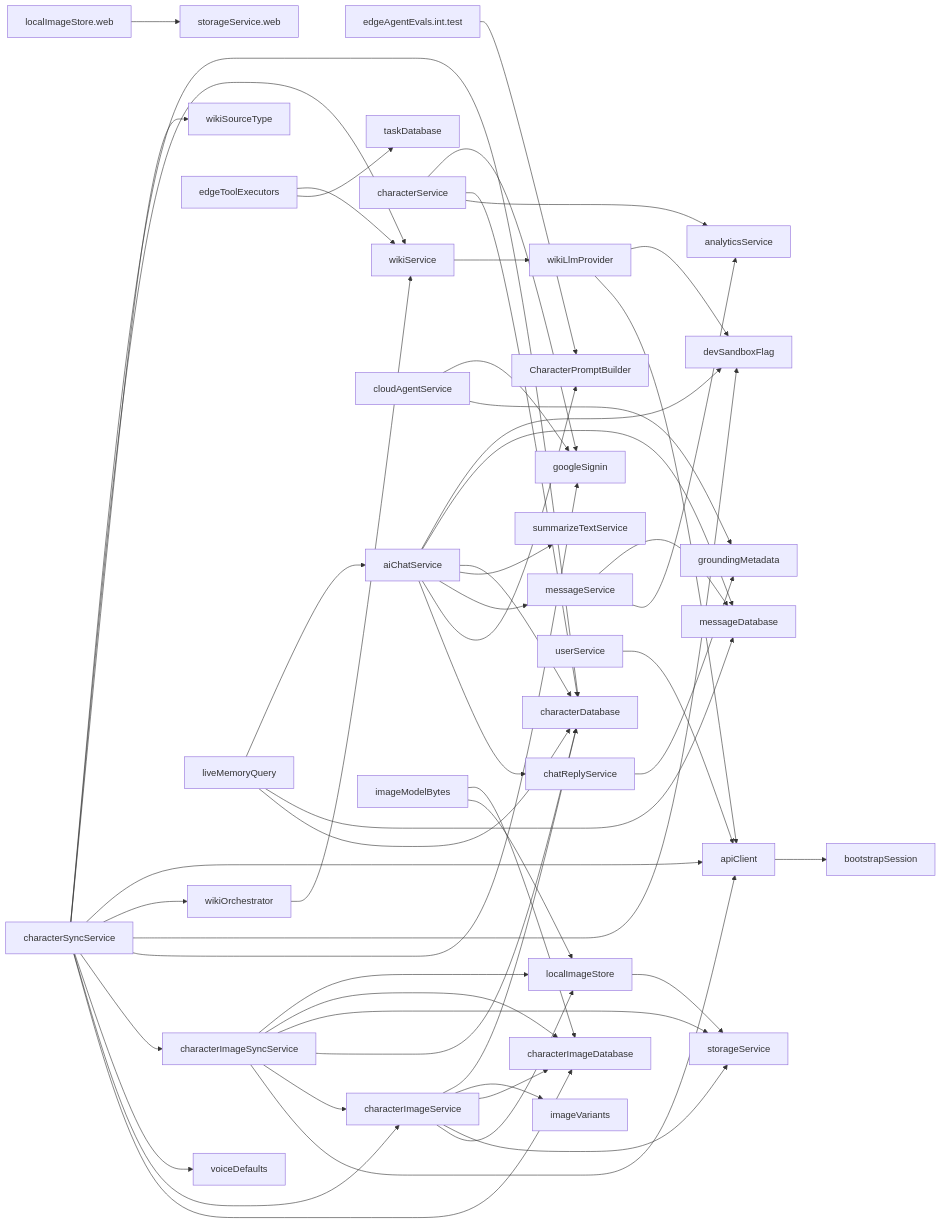
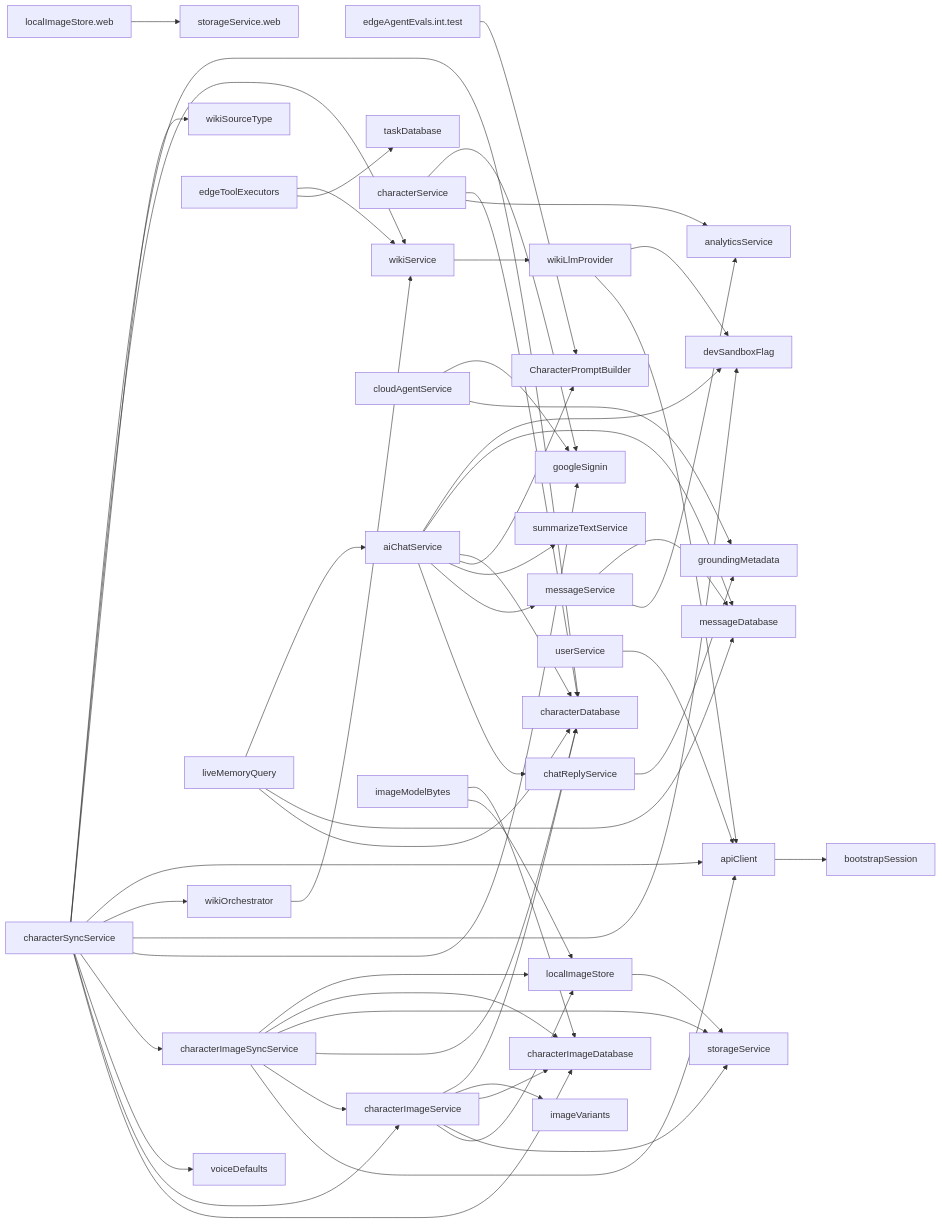
One commit to equationalapplications/clanker changed the diagram in docs/flowcharts/SERVICES.md. Above: the diagram before and after it, drawn with Mermaid. The commit also changed other lines of this file, not shown here.

Commit message:
docs: update auto-generated flowcharts

````diff
--- a/docs/flowcharts/SERVICES.md
+++ b/docs/flowcharts/SERVICES.md
@@ -4,56 +4,56 @@
 ```mermaid
 graph LR
   edgeAgentEvals.int.test --> CharacterPromptBuilder
   aiChatService --> devSandboxFlag
   aiChatService --> messageDatabase
   aiChatService --> characterDatabase
+  aiChatService --> CharacterPromptBuilder
   aiChatService --> summarizeTextService
   aiChatService --> messageService
-  aiChatService --> CharacterPromptBuilder
   aiChatService --> chatReplyService
   apiClient --> bootstrapSession
   characterImageService --> characterDatabase
   characterImageService --> imageVariants
   characterImageService --> characterImageDatabase
   characterImageService --> storageService
   characterImageService --> localImageStore
   characterImageSyncService --> localImageStore
   characterImageSyncService --> characterImageDatabase
   characterImageSyncService --> storageService
   characterImageSyncService --> characterDatabase
   characterImageSyncService --> characterImageService
   characterImageSyncService --> apiClient
   characterService --> googleSignin
   characterService --> characterDatabase
   characterService --> analyticsService
   characterSyncService --> characterDatabase
   characterSyncService --> wikiService
   characterSyncService --> wikiSourceType
   characterSyncService --> apiClient
   characterSyncService --> wikiOrchestrator
   characterSyncService --> devSandboxFlag
   characterSyncService --> googleSignin
   characterSyncService --> characterImageSyncService
   characterSyncService --> voiceDefaults
   characterSyncService --> characterImageService
   characterSyncService --> characterImageDatabase
   chatReplyService --> groundingMetadata
   cloudAgentService --> googleSignin
   cloudAgentService --> groundingMetadata
   edgeToolExecutors --> wikiService
   edgeToolExecutors --> taskDatabase
   imageModelBytes --> characterImageDatabase
   imageModelBytes --> localImageStore
   liveMemoryQuery --> aiChatService
   liveMemoryQuery --> messageDatabase
   liveMemoryQuery --> characterDatabase
   localImageStore --> storageService
   localImageStore.web --> storageService.web
   messageService --> messageDatabase
   messageService --> analyticsService
   userService --> apiClient
   wikiLlmProvider --> devSandboxFlag
   wikiLlmProvider --> apiClient
   wikiOrchestrator --> wikiService
   wikiService --> wikiLlmProvider
 ```
````
